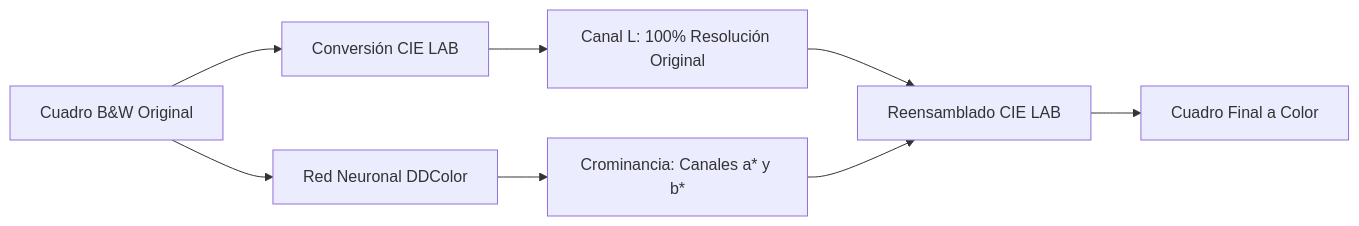
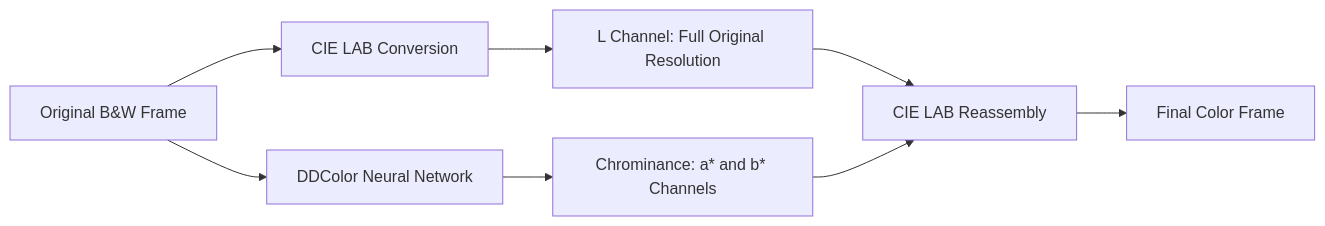
One commit to jdmarinv/video-colorizer changed the diagram in README.md. Above: the diagram before and after it, drawn with Mermaid. The commit also changed other lines of this file and 17 other files, not shown here.

````diff
--- a/README.md
+++ b/README.md
@@ -11,10 +9,10 @@
 ```mermaid
 graph LR
-    A[Cuadro B&W Original] --> B[Conversión CIE LAB]
-    B --> C[Canal L: 100% Resolución Original]
-    A --> D[Red Neuronal DDColor]
-    D --> E[Crominancia: Canales a* y b*]
-    C --> F[Reensamblado CIE LAB]
+    A[Original B&W Frame] --> B[CIE LAB Conversion]
+    B --> C[L Channel: Full Original Resolution]
+    A --> D[DDColor Neural Network]
+    D --> E[Chrominance: a* and b* Channels]
+    C --> F[CIE LAB Reassembly]
     E --> F
-    F --> G[Cuadro Final a Color]
+    F --> G[Final Color Frame]
 ```
````
